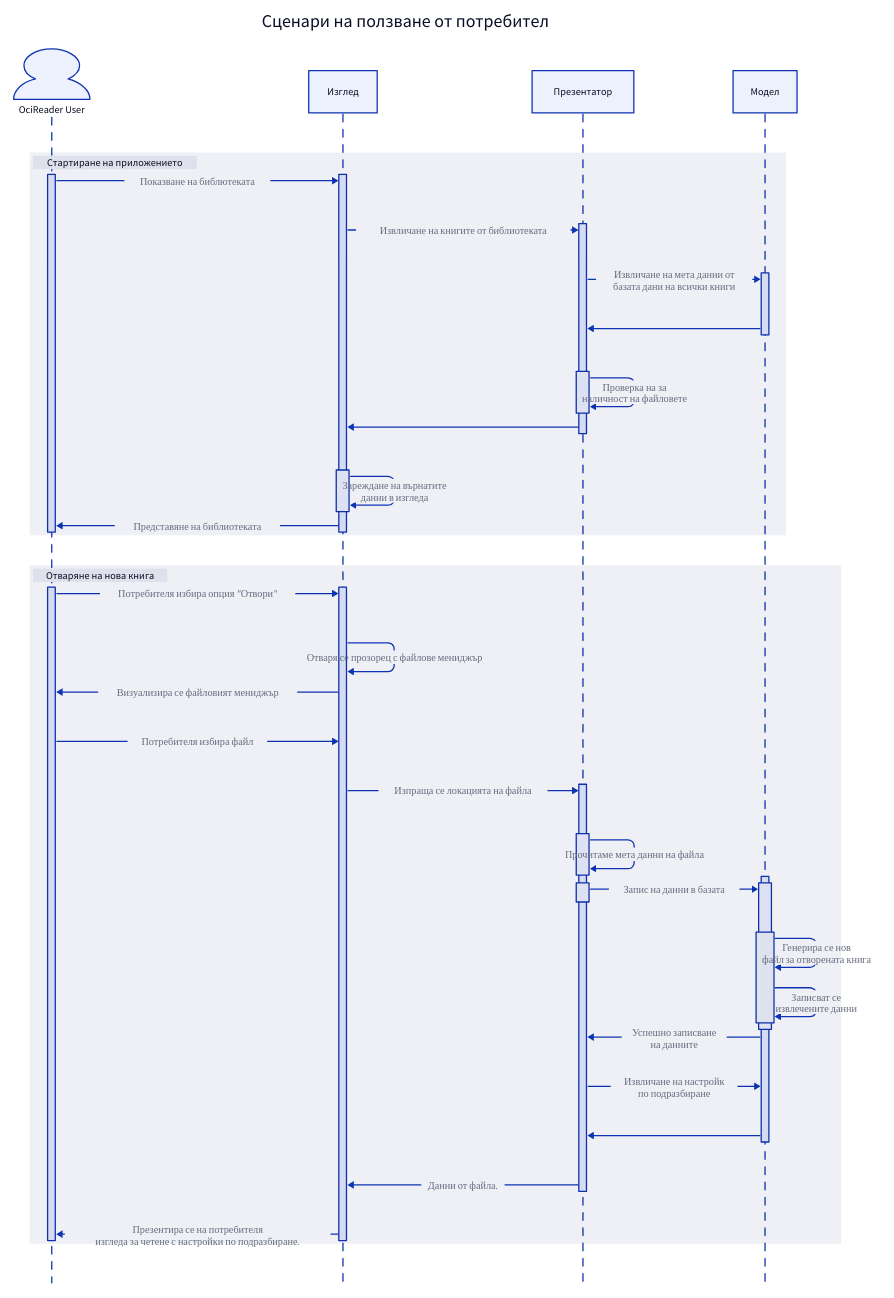
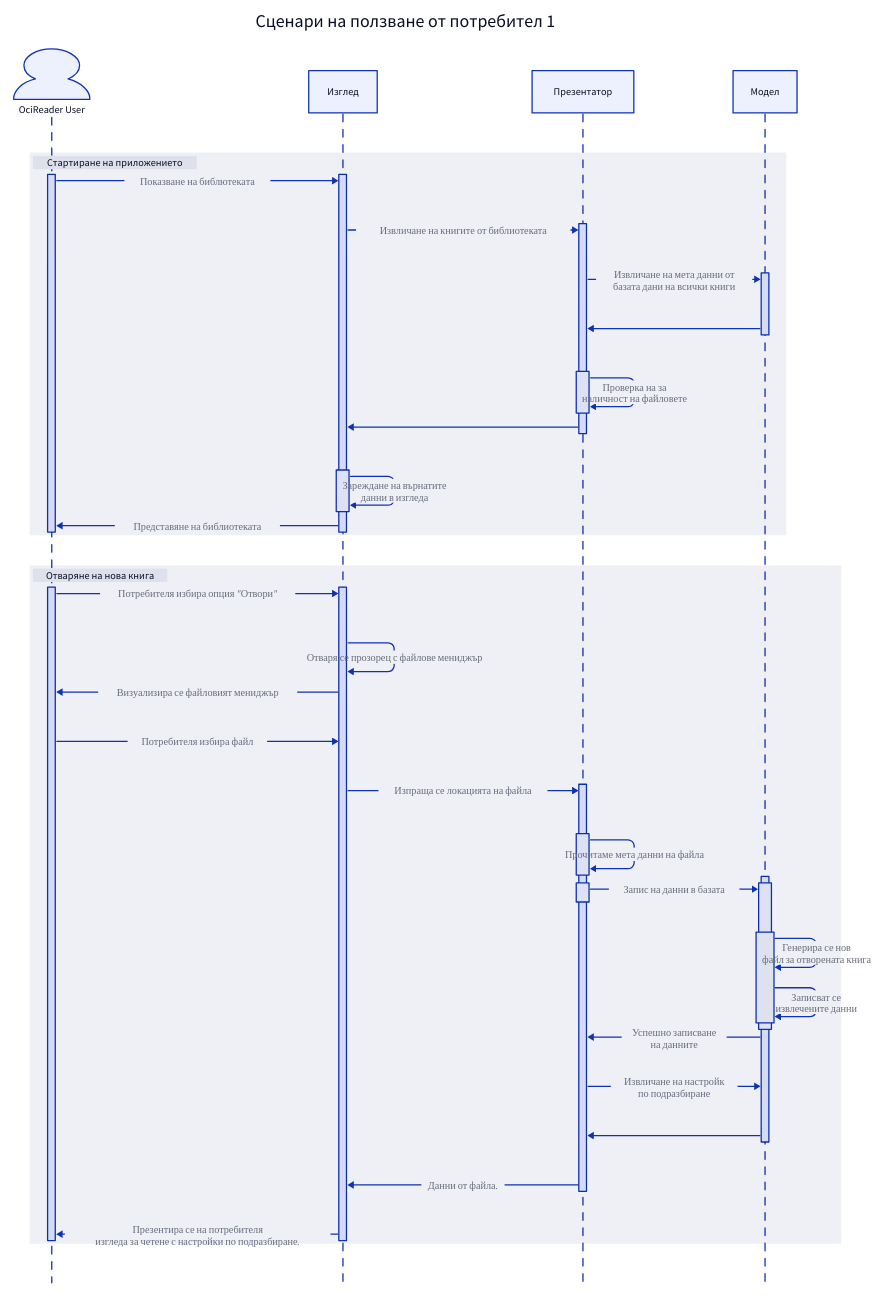
The diagram in user_usecases/open_loaad.d2 (hmilanov/OciReader), drawn with D2 before and after one commit. The commit also changed 1 other file, not shown here.

```diff
--- a/user_usecases/open_loaad.d2
+++ b/user_usecases/open_loaad.d2
@@ -1,43 +1,43 @@
-"Сценари на ползване от потребител": {
+"Сценари на ползване от потребител 1": {
   shape: sequence_diagram
   user: {
     label: OciReader User
     shape: person
   }
   layer1: {
     label: Изглед
   }
   layer2: {
     label: Презентатор
   }
   layer3: {
     label: Модел
   }
   "Стартиране на приложението": {
     user.start -> layer1.start: Показване на библютеката\n
     layer1.start -> layer2.start: Извличане на книгите от библиотеката\n
     layer2.start -> layer3.start: Извличане на мета данни от\nбазата дани на всички книги
     layer3.start -> layer2.start
     layer2.start.file_check -> layer2.start.file_check: Проверка на за\nналичност на файловете\n
     layer2.start -> layer1.start
     layer1.start.generate_view -> layer1.start.generate_view: Зареждане на върнатите\nданни в изгледа\n
     layer1.start -> user.start: Представяне на библиотеката\n
   }
   # Second phase        
   "Отваряне на нова  книга": {
     user.open -> layer1.open: Потребителя избира опция "Отвори"
     layer1.open -> layer1.open: Отваря се прозорец с файлове мениджър
     layer1.open -> user.open: Визуализира се файловият мениджър
     user.open -> layer1.open: Потребителя избира файл
     layer1.open -> layer2.open: Изпраща се локацията на файла
     layer2.open.read_file -> layer2.open.read_file: Прочитаме мета данни на файла
     layer2.open.record -> layer3.open.record: Запис на данни в базата
     layer3.open.record.store_record -> layer3.open.record.store_record: Генерира се нов\nфайл за отворената книга
     layer3.open.record.store_record -> layer3.open.record.store_record: Записват се\nизвлечените данни
     layer3.open -> layer2.open: Успешно записване\nна данните
     layer2.open -> layer3.open: Извличане на настройк\nпо подразбиране
     layer3.open -> layer2.open
     layer2.open -> layer1.open: Данни от файла. 
     layer1.open -> user.open: Презентира се на потребителя\nизгледа за четене с настройки по подразбиране.
   }
 }
```
